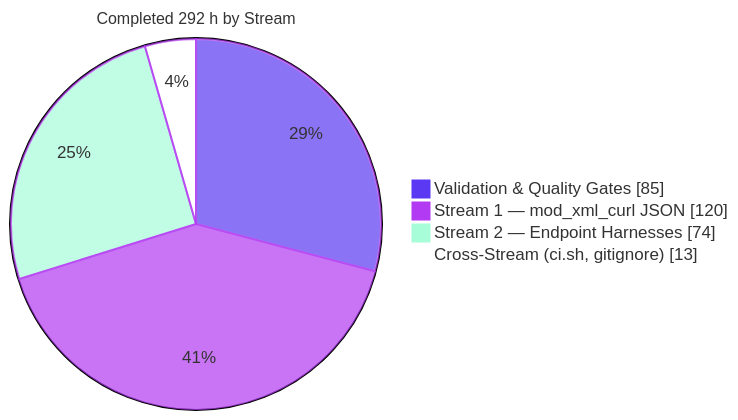
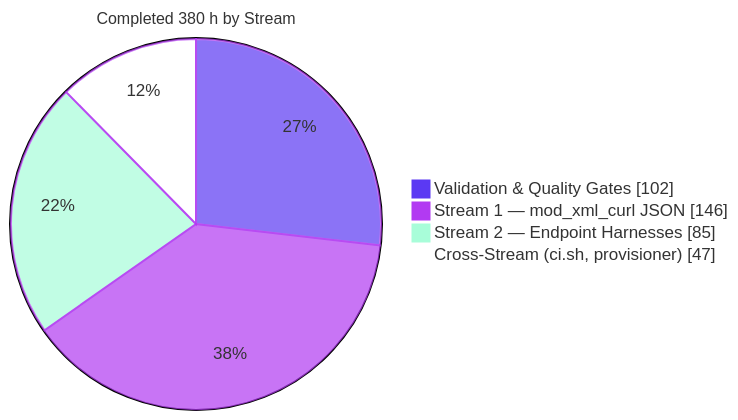
One commit to blitzy-public-samples/freeswitch changed the fourth of 4 diagrams in blitzy/documentation/Project Guide.md. Above: the diagram before and after it, drawn with Mermaid. The commit also changed other lines of this file and 31 other files, not shown here.

````diff
--- a/blitzy/documentation/Project Guide.md
+++ b/blitzy/documentation/Project Guide.md
@@ -374,8 +420,8 @@
 ```mermaid
 %%{init: {"theme":"base","themeVariables":{"pie1":"#5B39F3","pie2":"#B23AF2","pie3":"#A8FDD9","pie4":"#FFFFFF","pieStrokeColor":"#B23AF2","pieStrokeWidth":"2px","pieTitleTextSize":"16px"}}}%%
-pie showData title Completed 292 h by Stream
-    "Validation & Quality Gates" : 85
-    "Stream 1 — mod_xml_curl JSON" : 120
-    "Stream 2 — Endpoint Harnesses" : 74
-    "Cross-Stream (ci.sh, gitignore)" : 13
+pie showData title Completed 380 h by Stream
+    "Validation & Quality Gates" : 102
+    "Stream 1 — mod_xml_curl JSON" : 146
+    "Stream 2 — Endpoint Harnesses" : 85
+    "Cross-Stream (ci.sh, provisioner)" : 47
 ```
````
